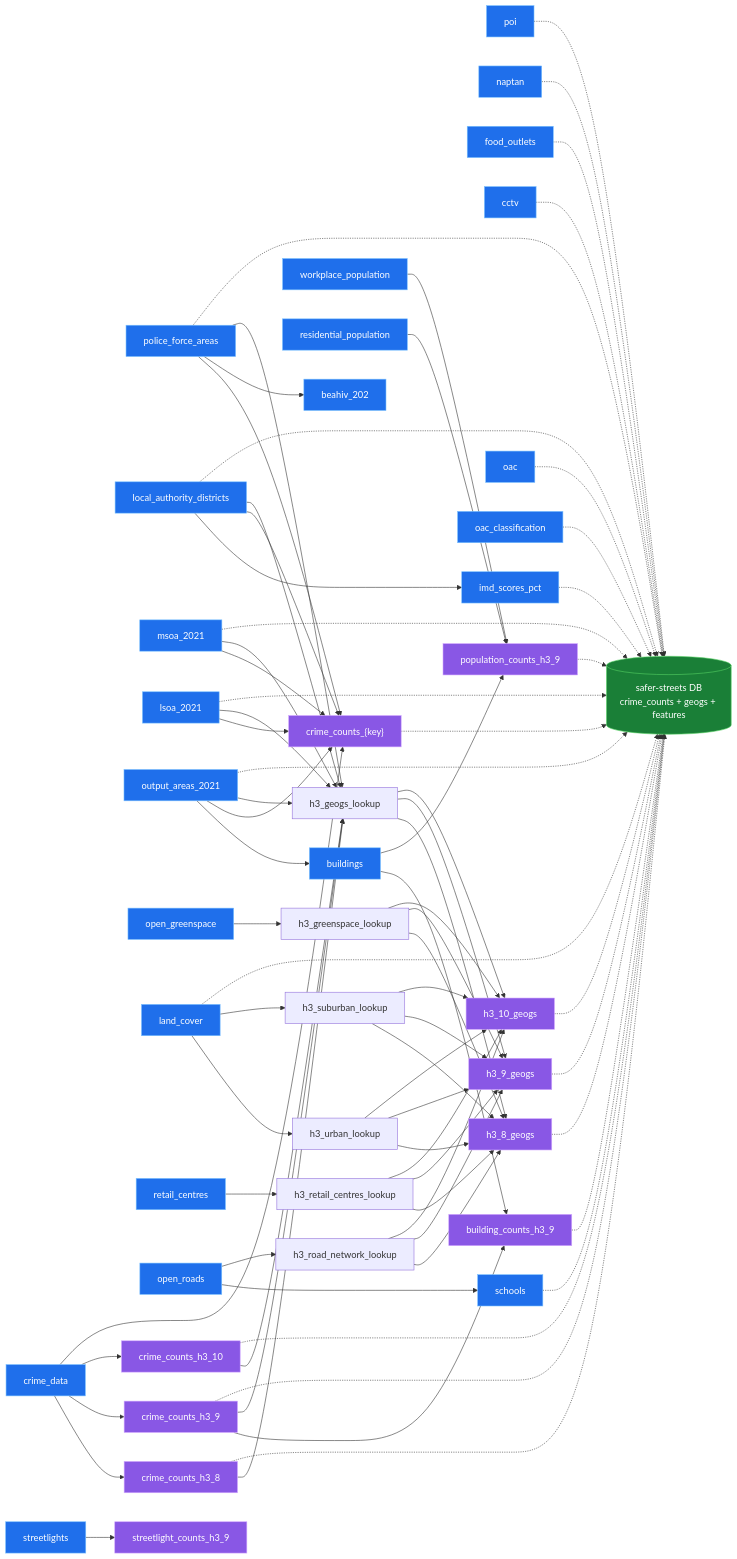
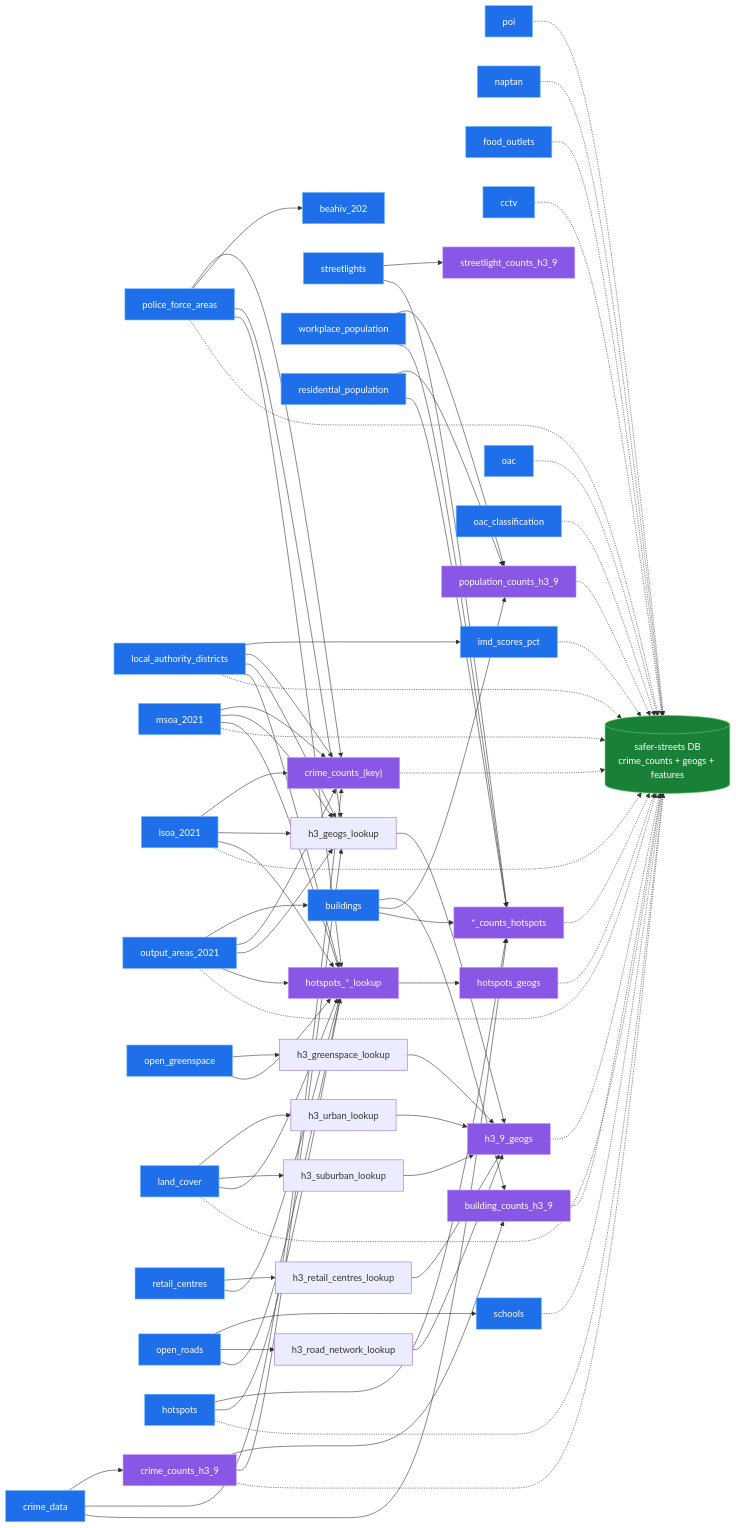
The diagram in README.md (safer-streets/safer-streets-tooling), drawn with Mermaid before and after one commit. The commit also changed other lines of this file and 23 other files, not shown here.

````diff
--- a/README.md
+++ b/README.md
@@ -75,10 +84,9 @@
    workplace_population
    residential_population
    beahiv_202
+   hotspots
 
-   crime_counts_h3_8
    crime_counts_h3_9
-   crime_counts_h3_10
    crime_counts_geog["crime_counts_{key}"]
    streetlight_counts_h3_9
    building_counts_h3_9
@@ -89,9 +97,10 @@
    h3_suburban_lookup
    h3_road_network_lookup
    h3_retail_centres_lookup
-   h3_8_geogs
    h3_9_geogs
-   h3_10_geogs
+   hotspot_counts["*_counts_hotspots"]
+   hotspot_lookups["hotspots_*_lookup"]
+   hotspots_geogs
 
    direction LR
    database[("safer-streets DB<br/>crime_counts + geogs + features")]
@@ -102,9 +111,7 @@
     output_areas_2021 --> buildings
 
     %% transform edges
-    crime_data --> crime_counts_h3_8
     crime_data --> crime_counts_h3_9
-    crime_data --> crime_counts_h3_10
     crime_data --> crime_counts_geog
     police_force_areas --> crime_counts_geog
     local_authority_districts --> crime_counts_geog
@@ -118,9 +125,7 @@
     workplace_population --> population_counts_h3_9
     residential_population --> population_counts_h3_9
     police_force_areas --> beahiv_202
-    crime_counts_h3_8 --> h3_geogs_lookup
     crime_counts_h3_9 --> h3_geogs_lookup
-    crime_counts_h3_10 --> h3_geogs_lookup
     police_force_areas --> h3_geogs_lookup
     local_authority_districts --> h3_geogs_lookup
     msoa_2021 --> h3_geogs_lookup
@@ -131,35 +136,41 @@
     land_cover --> h3_suburban_lookup
     open_roads --> h3_road_network_lookup
     retail_centres --> h3_retail_centres_lookup
-    h3_geogs_lookup --> h3_8_geogs
-    h3_greenspace_lookup --> h3_8_geogs
-    h3_urban_lookup --> h3_8_geogs
-    h3_suburban_lookup --> h3_8_geogs
-    h3_road_network_lookup --> h3_8_geogs
-    h3_retail_centres_lookup --> h3_8_geogs
     h3_geogs_lookup --> h3_9_geogs
     h3_greenspace_lookup --> h3_9_geogs
     h3_urban_lookup --> h3_9_geogs
     h3_suburban_lookup --> h3_9_geogs
     h3_road_network_lookup --> h3_9_geogs
     h3_retail_centres_lookup --> h3_9_geogs
-    h3_geogs_lookup --> h3_10_geogs
-    h3_greenspace_lookup --> h3_10_geogs
-    h3_urban_lookup --> h3_10_geogs
-    h3_suburban_lookup --> h3_10_geogs
-    h3_road_network_lookup --> h3_10_geogs
-    h3_retail_centres_lookup --> h3_10_geogs
+
+    %% transform edges: the same relations on the hotspot hexes (their own grid, so no crime_counts edge)
+    hotspots --> hotspot_counts
+    crime_data --> hotspot_counts
+    streetlights --> hotspot_counts
+    buildings --> hotspot_counts
+    workplace_population --> hotspot_counts
+    residential_population --> hotspot_counts
+    hotspots --> hotspot_lookups
+    police_force_areas --> hotspot_lookups
+    local_authority_districts --> hotspot_lookups
+    msoa_2021 --> hotspot_lookups
+    lsoa_2021 --> hotspot_lookups
+    output_areas_2021 --> hotspot_lookups
+    open_greenspace --> hotspot_lookups
+    land_cover --> hotspot_lookups
+    open_roads --> hotspot_lookups
+    retail_centres --> hotspot_lookups
+    hotspot_lookups --> hotspots_geogs
 
     %% load edges (optional): minimal DB = crime counts + geogs + ONS boundary tables + feature layers; --include adds more
-    crime_counts_h3_8 -.-> database
     crime_counts_h3_9 -.-> database
-    crime_counts_h3_10 -.-> database
     crime_counts_geog -.-> database
     building_counts_h3_9 -.-> database
     population_counts_h3_9 -.-> database
-    h3_8_geogs -.-> database
     h3_9_geogs -.-> database
-    h3_10_geogs -.-> database
+    hotspot_counts -.-> database
+    hotspots_geogs -.-> database
+    hotspots -.-> database
     police_force_areas -.-> database
     local_authority_districts -.-> database
     msoa_2021 -.-> database
@@ -179,7 +190,7 @@
     classDef extract fill:#1f6feb,stroke:#79c0ff,stroke-width:1px,color:#ffffff;
     classDef transform fill:#8957e5,stroke:#d2a8ff,stroke-width:1px,color:#ffffff;
     classDef load fill:#1a7f37,stroke:#56d364,stroke-width:1px,color:#ffffff;
-    class crime_data,police_force_areas,local_authority_districts,msoa_2021,lsoa_2021,output_areas_2021,open_greenspace,land_cover,buildings,retail_centres,open_roads,poi,naptan,food_outlets,streetlights,cctv,schools,imd_scores_pct,oac,oac_classification,workplace_population,residential_population,beahiv_202 extract;
-    class crime_counts_h3_8,crime_counts_h3_9,crime_counts_h3_10,crime_counts_geog,streetlight_counts_h3_9,building_counts_h3_9,population_counts_h3_9,h3_8_geogs,h3_9_geogs,h3_10_geogs transform;
+    class crime_data,police_force_areas,local_authority_districts,msoa_2021,lsoa_2021,output_areas_2021,open_greenspace,land_cover,buildings,retail_centres,open_roads,poi,naptan,food_outlets,streetlights,cctv,schools,imd_scores_pct,oac,oac_classification,workplace_population,residential_population,beahiv_202,hotspots extract;
+    class crime_counts_h3_9,crime_counts_geog,streetlight_counts_h3_9,building_counts_h3_9,population_counts_h3_9,h3_9_geogs,hotspot_counts,hotspot_lookups,hotspots_geogs transform;
     class database load;
 ```
````
